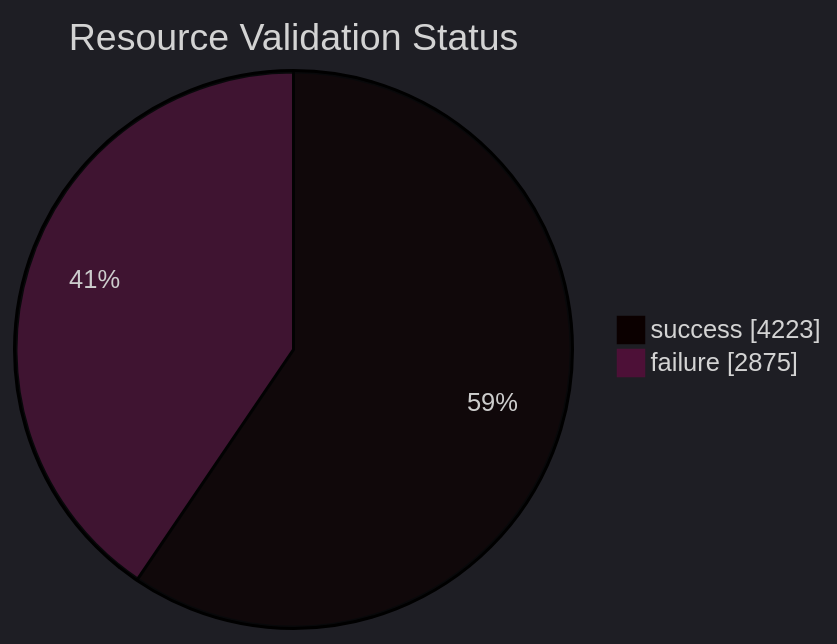
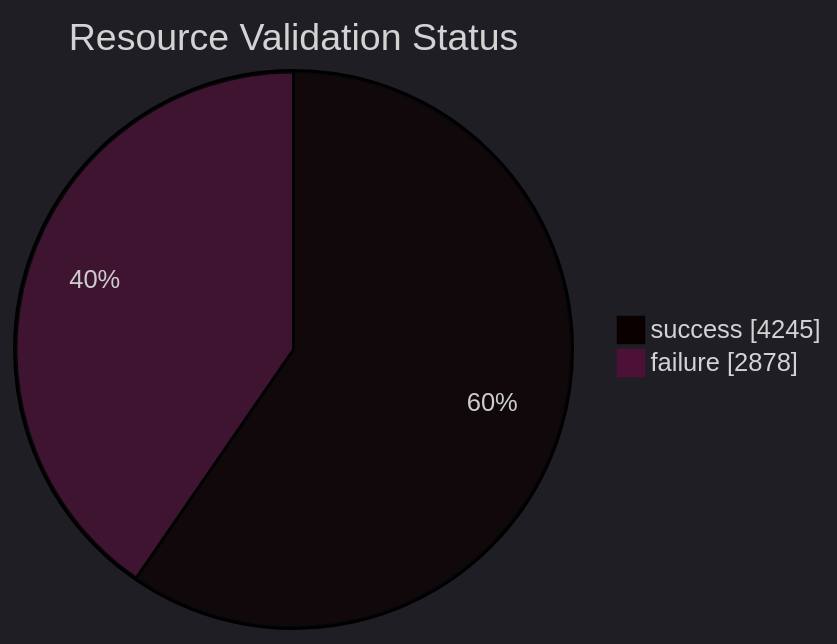
One commit to open-data/analytics-corporate-reporting changed the diagram in datastore_tracker/resource_validation_status_pie_chart.md. Above: the diagram before and after it, drawn with Mermaid. The commit also changed 9 other files, not shown here.

````diff
--- a/datastore_tracker/resource_validation_status_pie_chart.md
+++ b/datastore_tracker/resource_validation_status_pie_chart.md
@@ -2,9 +2,9 @@
 ```mermaid
 ---
 config:
   theme: dark
 ---
 pie showData title Resource Validation Status
-    "success": 4223
-    "failure": 2875
+    "success": 4245
+    "failure": 2878
 ```
````
